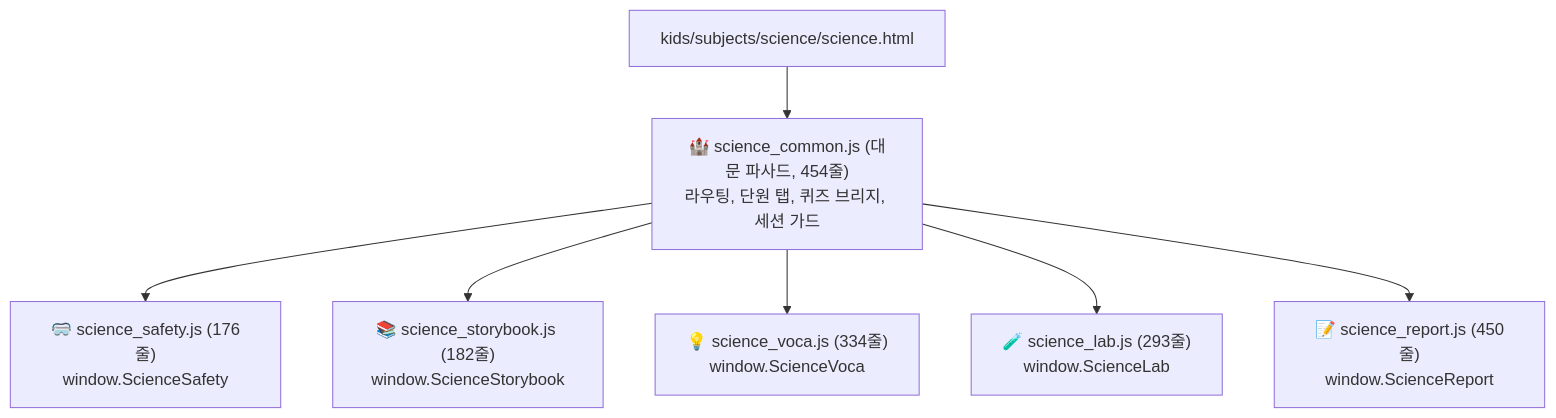
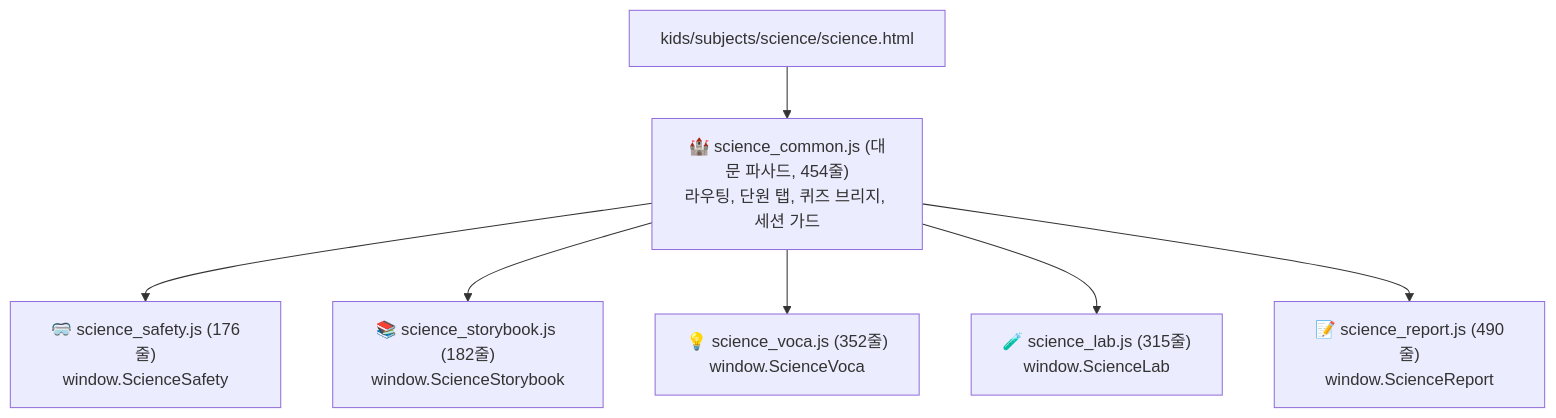
The second of 2 diagrams in docs/science_spec.md (awslike6-web/kids-school), drawn with Mermaid before and after one commit. The commit also changed other lines of this file and 13 other files, not shown here.

````diff
--- a/docs/science_spec.md
+++ b/docs/science_spec.md
@@ -57,10 +57,10 @@
 ```mermaid
 graph TD
     HTML["kids/subjects/science/science.html"] --> Facade["🏰 science_common.js (대문 파사드, 454줄)<br>라우팅, 단원 탭, 퀴즈 브리지, 세션 가드"]
     
     Facade --> S0["🥽 science_safety.js (176줄)<br>window.ScienceSafety"]
     Facade --> S1["📚 science_storybook.js (182줄)<br>window.ScienceStorybook"]
-    Facade --> S2["💡 science_voca.js (334줄)<br>window.ScienceVoca"]
-    Facade --> S3["🧪 science_lab.js (293줄)<br>window.ScienceLab"]
-    Facade --> S4["📝 science_report.js (450줄)<br>window.ScienceReport"]
+    Facade --> S2["💡 science_voca.js (352줄)<br>window.ScienceVoca"]
+    Facade --> S3["🧪 science_lab.js (315줄)<br>window.ScienceLab"]
+    Facade --> S4["📝 science_report.js (490줄)<br>window.ScienceReport"]
 ```
````
